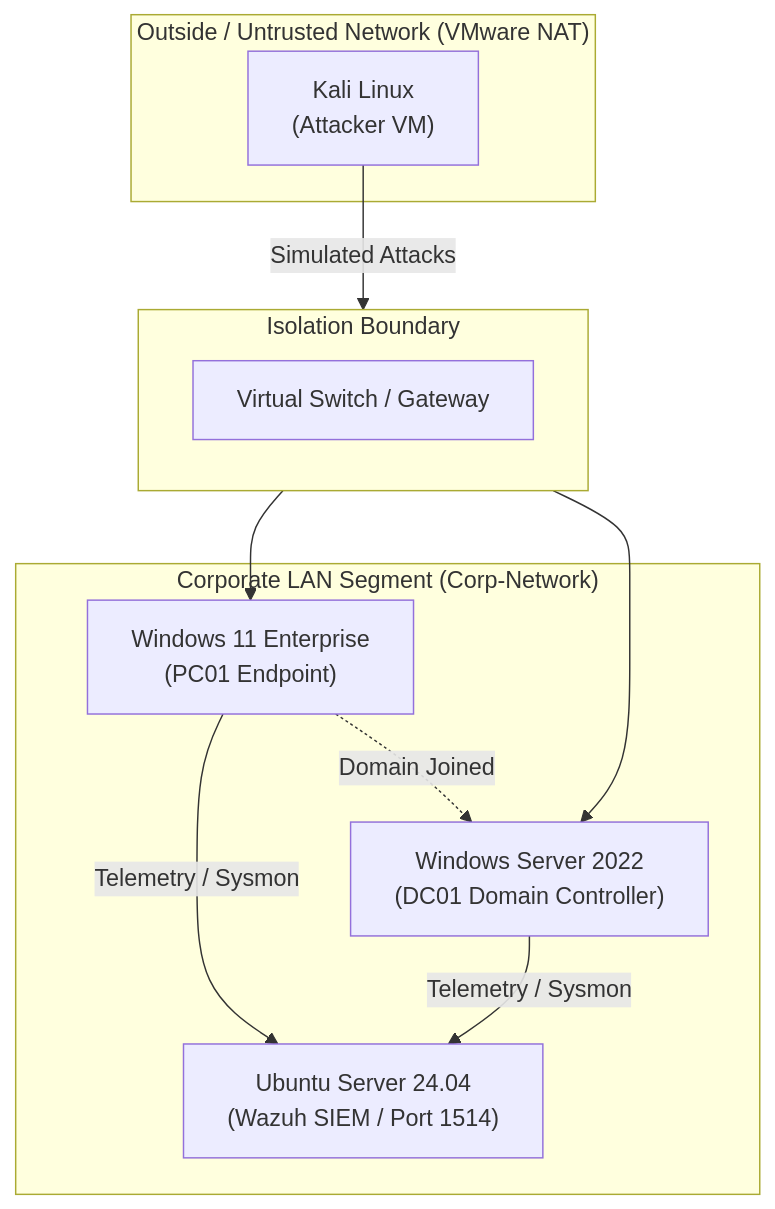
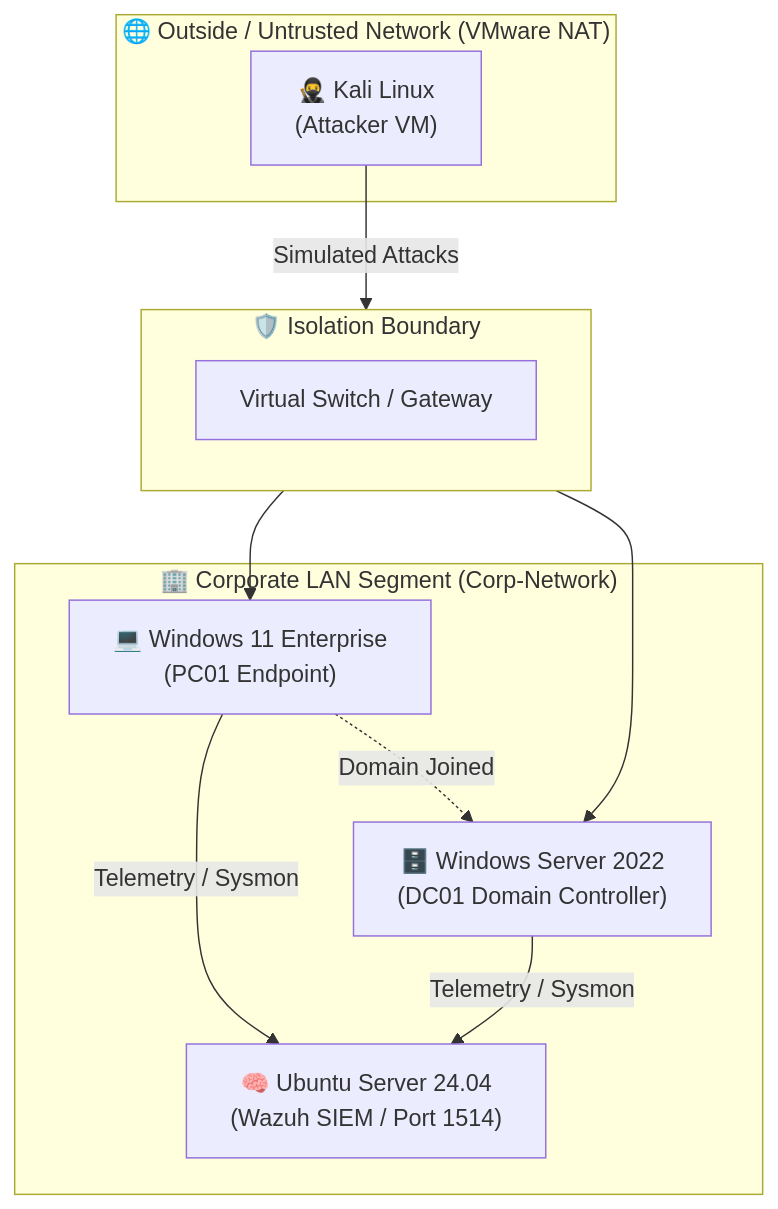
The diagram in README.md (TsaqifHudzaifah/HomeLab), drawn with Mermaid before and after one commit. The commit also changed other lines of this file, not shown here.

````diff
--- a/README.md
+++ b/README.md
@@ -5,24 +8,24 @@
 ```mermaid
 graph TD
-    subgraph Outside ["Outside / Untrusted Network (VMware NAT)"]
-        Attacker["Kali Linux<br/>(Attacker VM)"]
+    subgraph Outside ["🌐 Outside / Untrusted Network (VMware NAT)"]
+        Attacker["🥷 Kali Linux<br/>(Attacker VM)"]
     end
 
-    subgraph Boundary ["Isolation Boundary"]
+    subgraph Boundary ["🛡️ Isolation Boundary"]
         Router["Virtual Switch / Gateway"]
     end
 
-    subgraph Inside ["Corporate LAN Segment (Corp-Network)"]
-        PC01["Windows 11 Enterprise<br/>(PC01 Endpoint)"]
-        DC01["Windows Server 2022<br/>(DC01 Domain Controller)"]
-        SIEM["Ubuntu Server 24.04<br/>(Wazuh SIEM / Port 1514)"]
+    subgraph Inside ["🏢 Corporate LAN Segment (Corp-Network)"]
+        PC01["💻 Windows 11 Enterprise<br/>(PC01 Endpoint)"]
+        DC01["🗄️ Windows Server 2022<br/>(DC01 Domain Controller)"]
+        SIEM["🧠 Ubuntu Server 24.04<br/>(Wazuh SIEM / Port 1514)"]
 
         PC01 -->|Telemetry / Sysmon| SIEM
         DC01 -->|Telemetry / Sysmon| SIEM
         PC01 -.->|Domain Joined| DC01
     end
 
     Attacker -->|Simulated Attacks| Boundary
     Boundary --> PC01
     Boundary --> DC01
 ```
````
